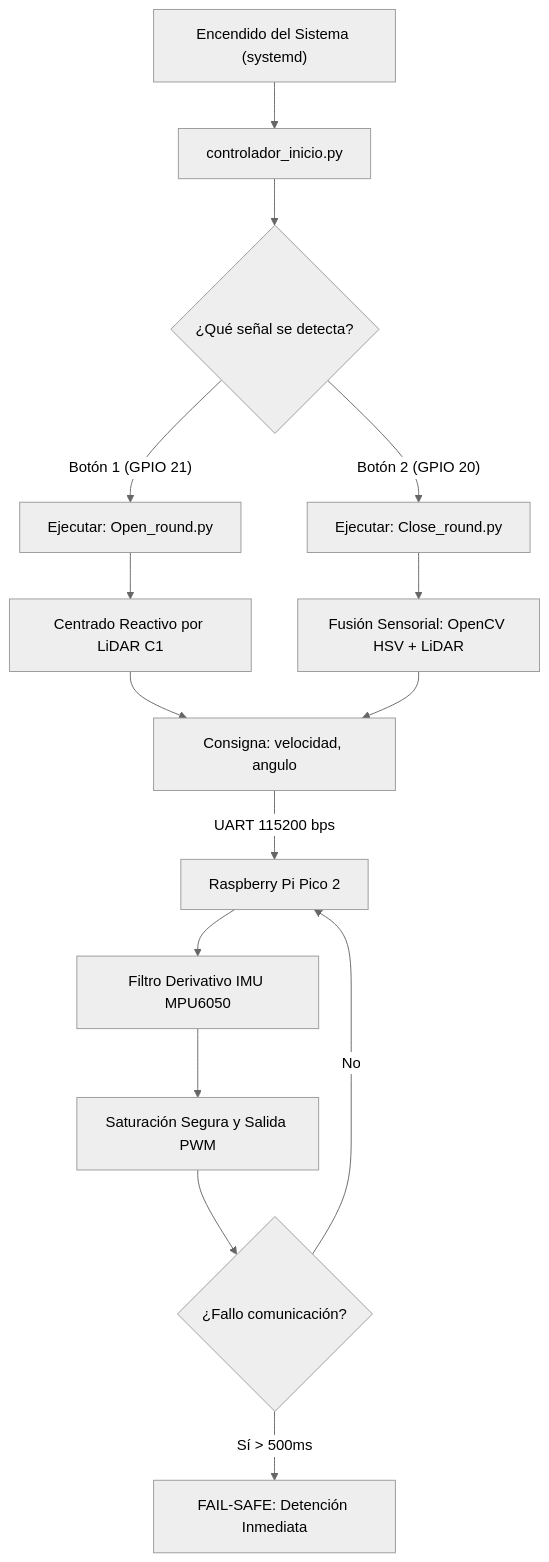
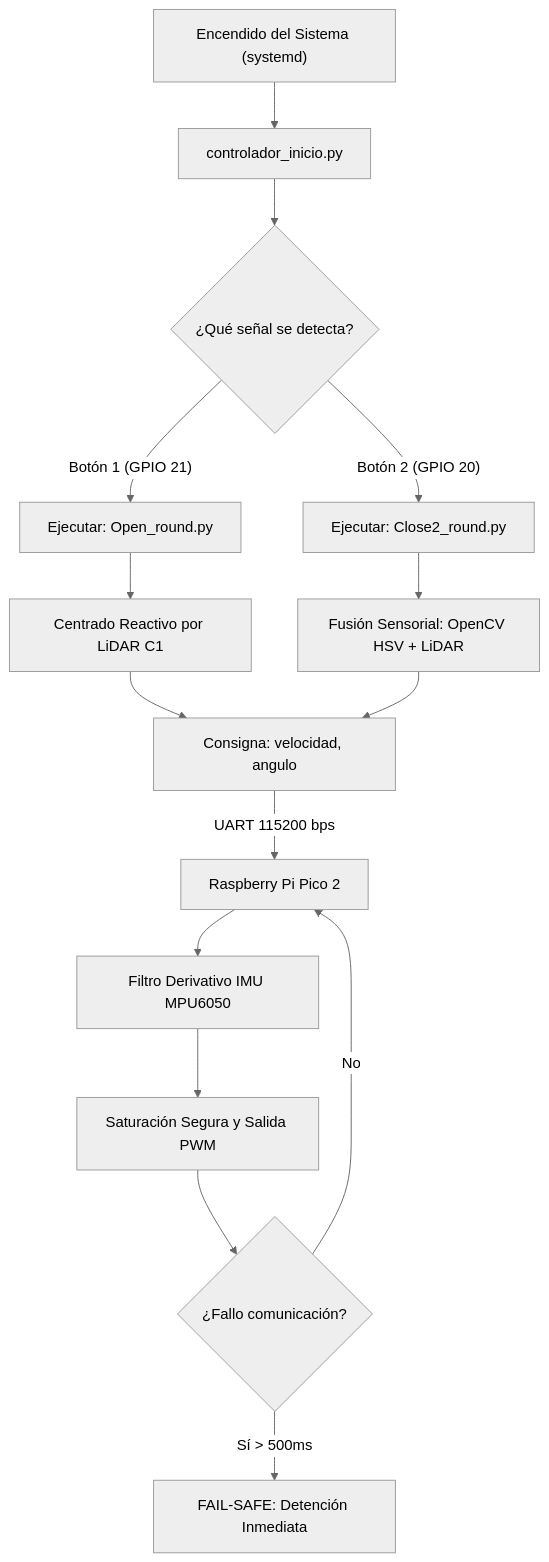
Before and after one commit to Team-Los-Cedros/WRO-FE-26: the first of 4 diagrams in README.md, drawn with Mermaid (neutral theme). The commit also changed other lines of this file and 5 other files, not shown here.

````diff
--- a/README.md
+++ b/README.md
@@ -252,23 +256,23 @@
 ```mermaid
 graph TD
     A["Encendido del Sistema (systemd)"] --> B["controlador_inicio.py"]
     B --> C{"¿Qué señal se detecta?"}
     
     C -->|"Botón 1 (GPIO 21)"| D["Ejecutar: Open_round.py"]
-    C -->|"Botón 2 (GPIO 20)"| E["Ejecutar: Close_round.py"]
+    C -->|"Botón 2 (GPIO 20)"| E["Ejecutar: Close2_round.py"]
     
     D --> F["Centrado Reactivo por LiDAR C1"]
     E --> G["Fusión Sensorial: OpenCV HSV + LiDAR"]
     
     F --> H["Consigna: velocidad, angulo"]
     G --> H
     
     H -->|"UART 115200 bps"| I["Raspberry Pi Pico 2"]
     I --> J["Filtro Derivativo IMU MPU6050"]
     J --> K["Saturación Segura y Salida PWM"]
     
     K --> L{"¿Fallo comunicación?"}
     L -->|"Sí > 500ms"| M["FAIL-SAFE: Detención Inmediata"]
     L -->|"No"| I
 
 ```
````
